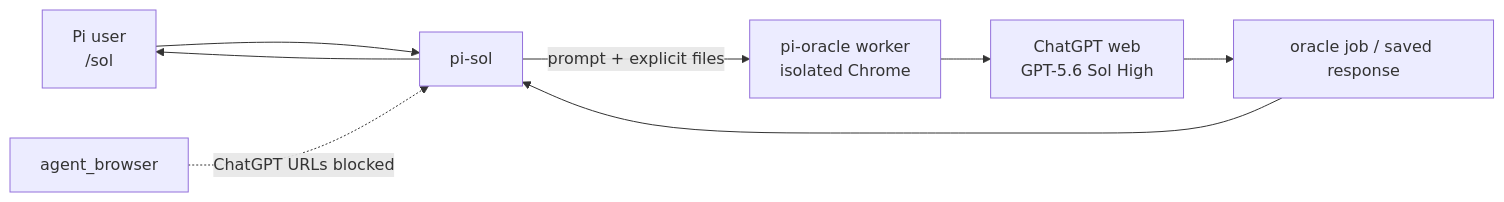
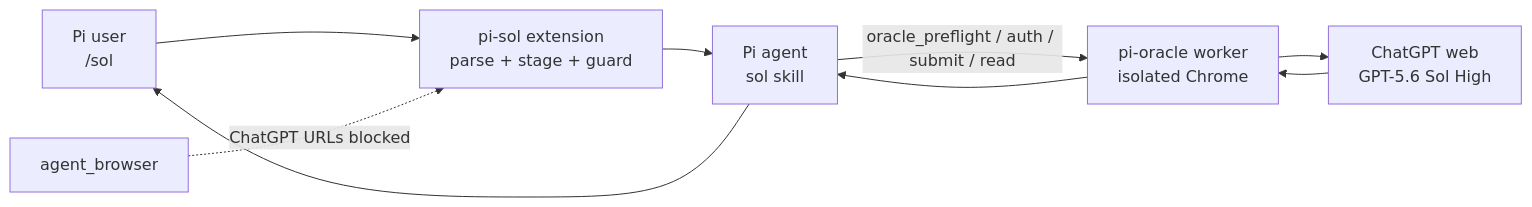
One commit to xiangbianpangde/pi-sol changed the diagram in README.md. Above: the diagram before and after it, drawn with Mermaid. The commit also changed other lines of this file, not shown here.

First line of the commit message:
docs: address second-pass /sol review of README

````diff
--- a/README.md
+++ b/README.md
@@ -161,10 +186,11 @@
 ```mermaid
 flowchart LR
-    U["Pi user<br/>/sol"] --> P["pi-sol"]
-    P -->|"prompt + explicit files"| O["pi-oracle worker<br/>isolated Chrome"]
+    U["Pi user<br/>/sol"] --> E["pi-sol extension<br/>parse + stage + guard"]
+    E --> A["Pi agent<br/>sol skill"]
+    A -->|"oracle_preflight / auth / submit / read"| O["pi-oracle worker<br/>isolated Chrome"]
     O --> C["ChatGPT web<br/>GPT-5.6 Sol High"]
-    C --> J["oracle job / saved response"]
-    J --> P
-    P --> U
-    B["agent_browser"] -. "ChatGPT URLs blocked" .-> P
+    C --> O
+    O --> A
+    A --> U
+    B["agent_browser"] -. "ChatGPT URLs blocked" .-> E
 ```
````
